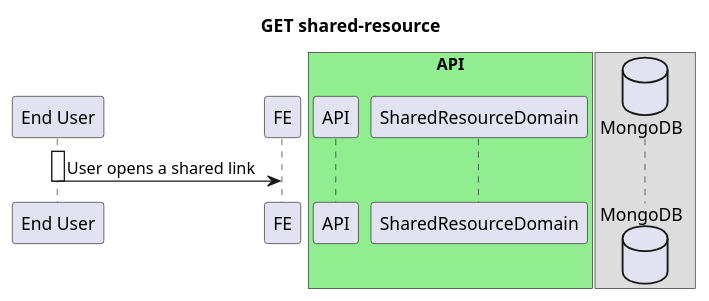
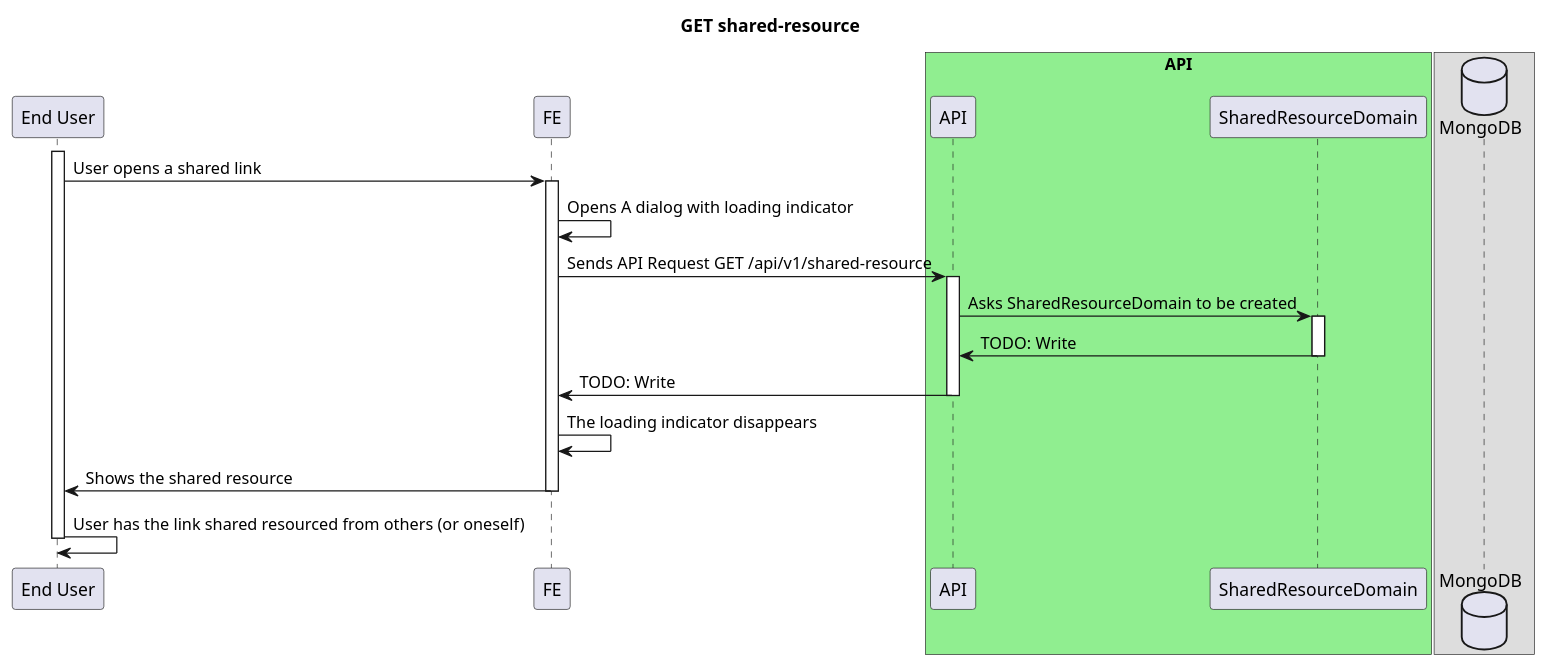
The second of 2 diagrams in api/share-feature.md (ajktown/docs), drawn with PlantUML before and after one commit.

Commit message:
doc: baseline

````diff
--- a/api/share-feature.md
+++ b/api/share-feature.md
@@ -91,20 +91,34 @@
 ```plantuml
 
 @startuml
 
 title GET shared-resource
 
 participant "End User" as user
 participant "FE" as fe
 box "API" #Lightgreen
   participant "API" as api
   participant "SharedResourceDomain" as domain
 box
 database "MongoDB" as db
 
 activate user
   user -> fe: User opens a shared link
+  activate fe
+    fe -> fe: Opens A dialog with loading indicator
+    fe -> api: Sends API Request GET /api/v1/shared-resource
+    activate api
+      api -> domain: Asks SharedResourceDomain to be created
+      activate domain
+        api <- domain: TODO: Write
+      deactivate domain
+      fe <- api: TODO: Write
+    deactivate api
+  fe -> fe: The loading indicator disappears
+  user <- fe: Shows the shared resource
+  deactivate fe
+  user -> user: User has the link shared resourced from others (or oneself)
 deactivate user
 
 
 ```
````
